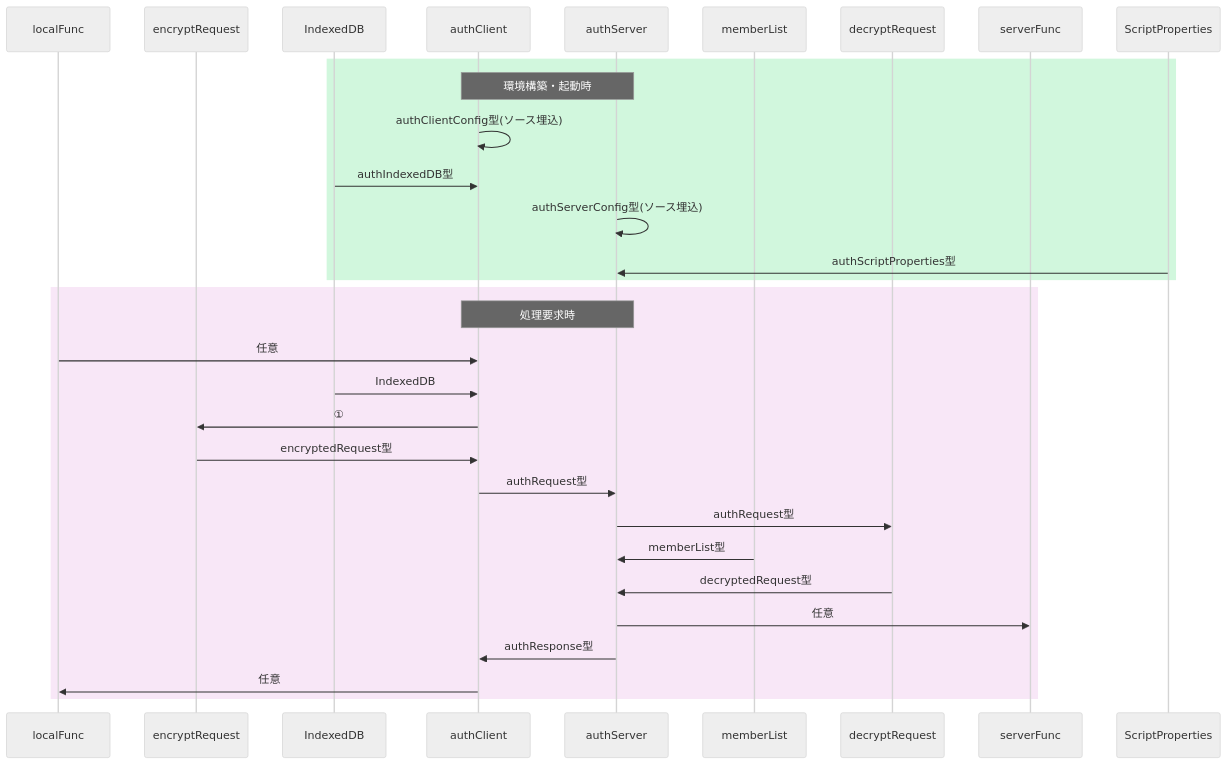
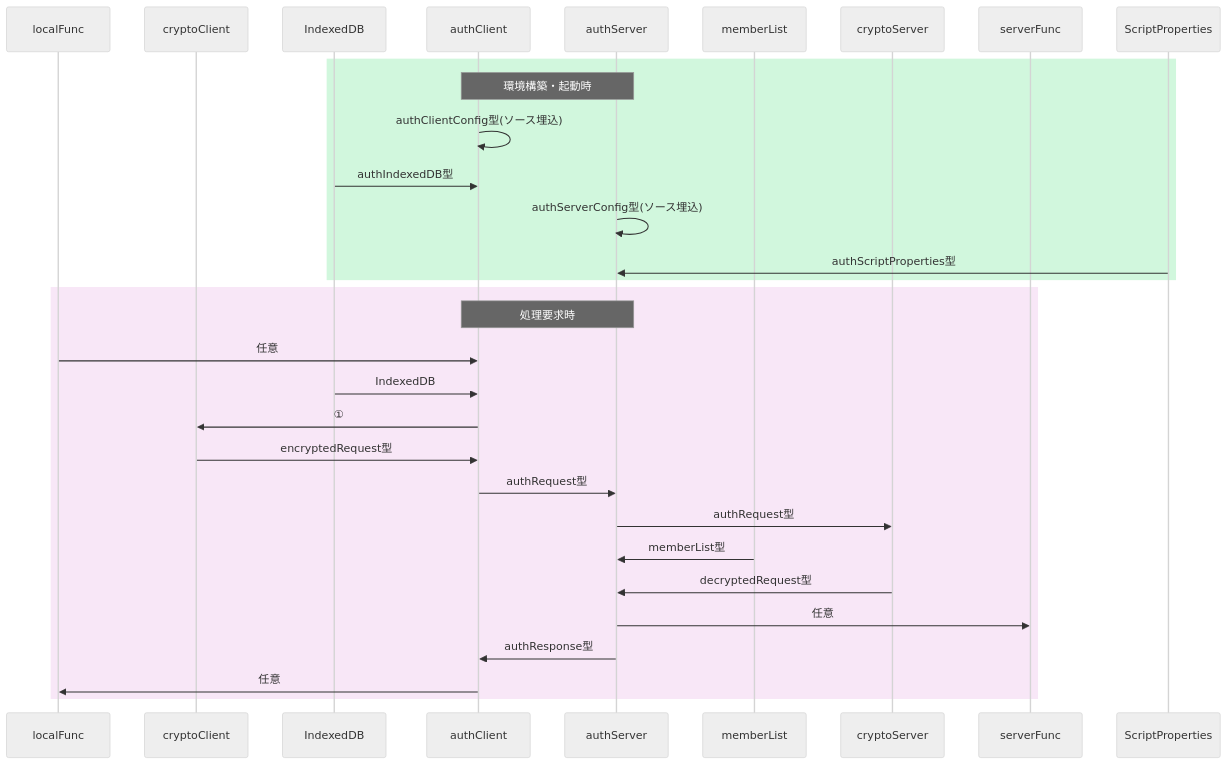
One commit to nakaone/library changed the third of 4 diagrams in underDev/Auth/question.md. Above: the diagram before and after it, drawn with Mermaid (neutral theme). The commit also changed other lines of this file and 11 other files, not shown here.

Commit message:
"decryptRequest"⇒"cryptoServer","encryptRequest"⇒"cryptoClient"に名称変更

````diff
--- a/underDev/Auth/question.md
+++ b/underDev/Auth/question.md
@@ -242,40 +242,40 @@
 ```mermaid
 sequenceDiagram
   %%actor user
   participant localFunc
   %%participant clientMail
-  participant encryptRequest
+  participant cryptoClient
   participant IndexedDB
   participant authClient
   participant authServer
   participant memberList
-  participant decryptRequest
+  participant cryptoServer
   participant serverFunc
   %%actor admin
 
   rect rgba(209, 247, 221, 1)
     Note over authClient, authServer: 環境構築・起動時
     authClient->>authClient: authClientConfig型(ソース埋込)
     IndexedDB->>authClient: authIndexedDB型
     authServer->>authServer: authServerConfig型(ソース埋込)
     ScriptProperties->>authServer: authScriptProperties型
   end
 
   rect rgba(248, 231, 247, 1)
     Note over authClient, authServer: 処理要求時
 
     localFunc->>authClient: 任意
     IndexedDB->>authClient: IndexedDB
-    authClient->>encryptRequest: ①
-    encryptRequest->>authClient: encryptedRequest型
+    authClient->>cryptoClient: ①
+    cryptoClient->>authClient: encryptedRequest型
     authClient->>authServer: authRequest型
 
-    authServer->>decryptRequest: authRequest型
+    authServer->>cryptoServer: authRequest型
     memberList->>authServer: memberList型
-    decryptRequest->>authServer: decryptedRequest型
+    cryptoServer->>authServer: decryptedRequest型
     authServer->>serverFunc: 任意
 
     authServer->>authClient: authResponse型
     authClient->>localFunc: 任意
   end
 ```
````
